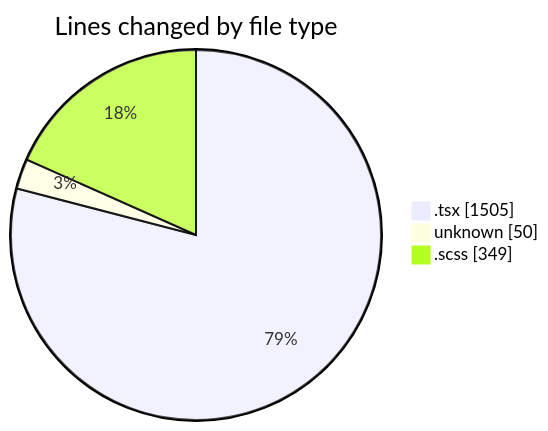
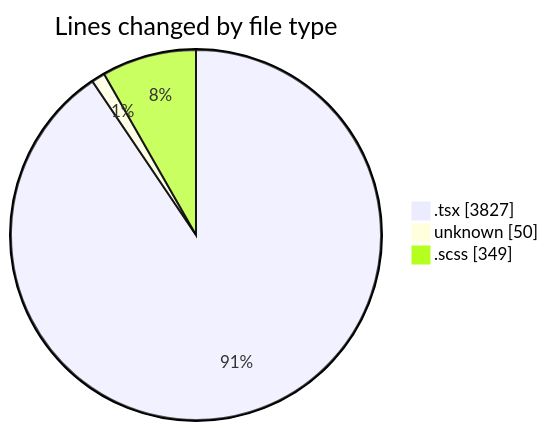
One commit to momahboobian/code-tracking changed the first of 2 diagrams in 2025-12-05/cda/README.md. Above: the diagram before and after it, drawn with Mermaid. The commit also changed other lines of this file and 1 other file, not shown here.

````diff
--- a/2025-12-05/cda/README.md
+++ b/2025-12-05/cda/README.md
@@ -28,7 +29,7 @@
 ```mermaid
 pie showData
 title Lines changed by file type
-".tsx" : 1505
+".tsx" : 3827
 "unknown" : 50
 ".scss" : 349
 ```
````
